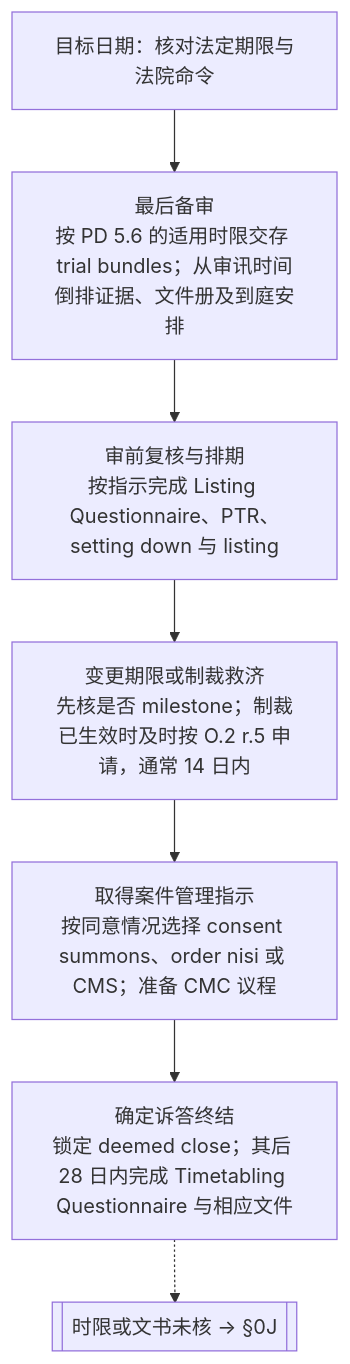
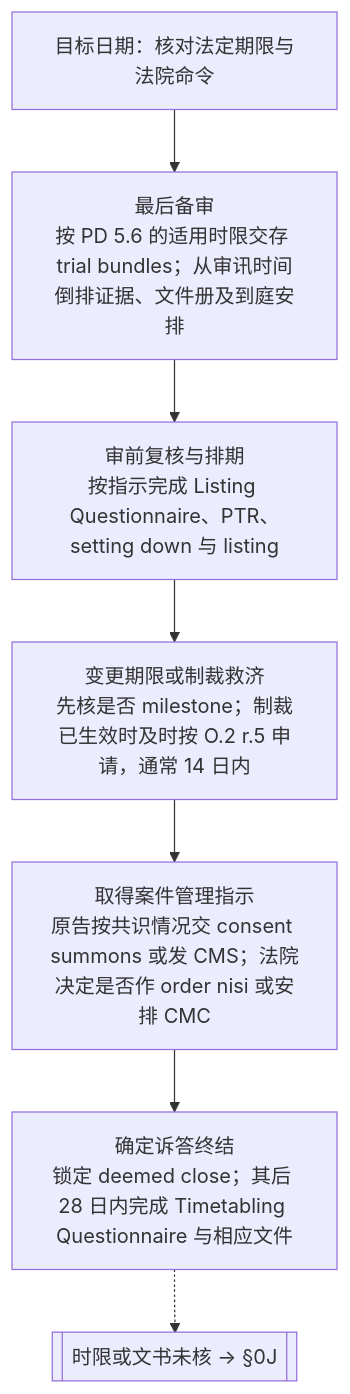
One commit to mixxmax/pcll-litigation-cards changed the third of 3 diagrams in src/content/docs/institutions/co11-case-management.md. Above: the diagram before and after it, drawn with Mermaid. The commit also changed other lines of this file and 1 other file, not shown here.

Commit message:
feat(co11): sync latest procedural restructuring (CMC/PTR/trial reorganization and audit updates)

````diff
--- a/src/content/docs/institutions/co11-case-management.md
+++ b/src/content/docs/institutions/co11-case-management.md
@@ -768,10 +672,10 @@
 ```mermaid
 flowchart TD
     E["目标日期：核对法定期限与法院命令"]
     E --> A5["最后备审<br/>按 PD 5.6 的适用时限交存 trial bundles；从审讯时间倒排证据、文件册及到庭安排"]
     A5 --> A4["审前复核与排期<br/>按指示完成 Listing Questionnaire、PTR、setting down 与 listing"]
     A4 --> A3["变更期限或制裁救济<br/>先核是否 milestone；制裁已生效时及时按 O.2 r.5 申请，通常 14 日内"]
-    A3 --> A2["取得案件管理指示<br/>按同意情况选择 consent summons、order nisi 或 CMS；准备 CMC 议程"]
+    A3 --> A2["取得案件管理指示<br/>原告按共识情况交 consent summons 或发 CMS；法院决定是否作 order nisi 或安排 CMC"]
     A2 --> A1["确定诉答终结<br/>锁定 deemed close；其后 28 日内完成 Timetabling Questionnaire 与相应文件"]
     A1 -.-> W[["时限或文书未核 → §0J"]]
 ```
````
